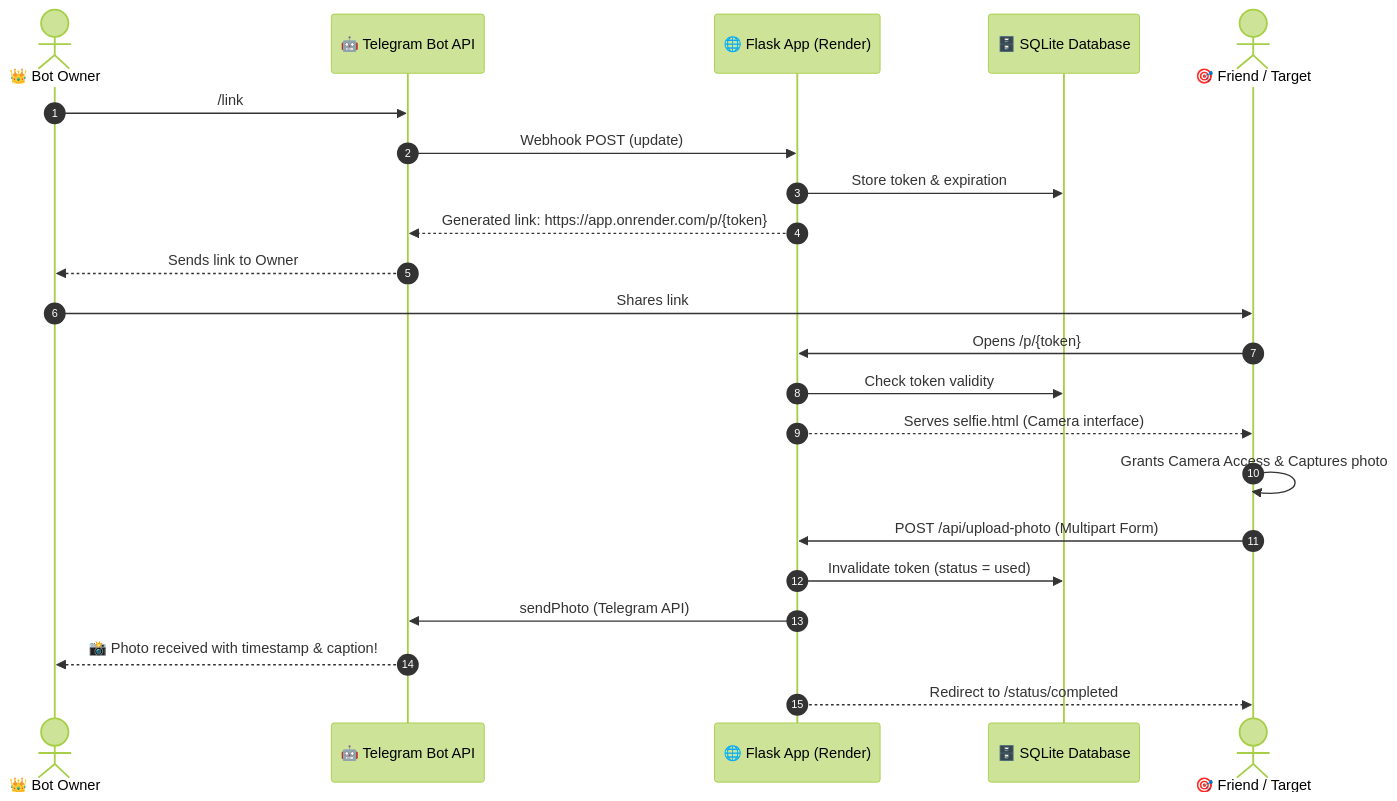
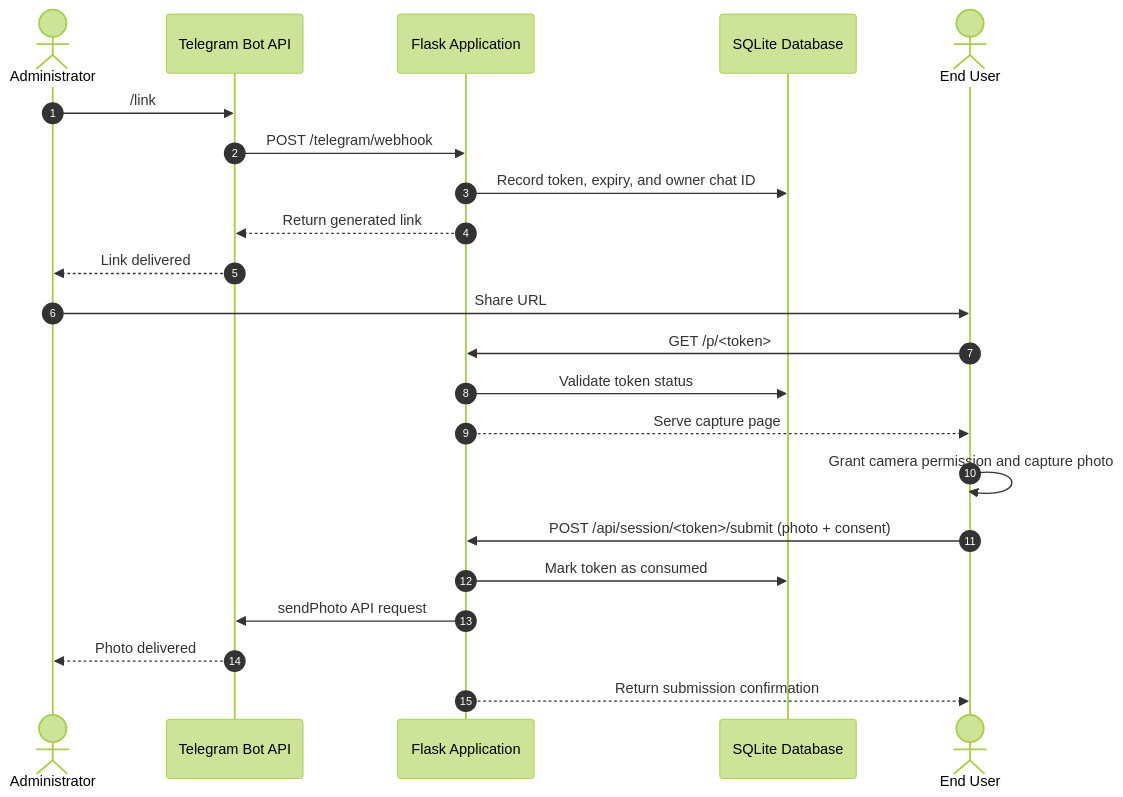
Before and after one commit to Badley08/PrankBot: the diagram in README.md, drawn with Mermaid (forest theme). The commit also changed other lines of this file and 3 other files, not shown here.

````diff
--- a/README.md
+++ b/README.md
@@ -43,25 +16,25 @@
 ```mermaid
 sequenceDiagram
     autonumber
-    actor Owner as 👑 Bot Owner
-    participant Bot as 🤖 Telegram Bot API
-    participant App as 🌐 Flask App (Render)
-    participant DB as 🗄️ SQLite Database
-    actor Target as 🎯 Friend / Target
+    actor Administrator
+    participant Telegram as Telegram Bot API
+    participant Server as Flask Application
+    participant Storage as SQLite Database
+    actor Recipient as End User
 
-    Owner->>Bot: /link
-    Bot->>App: Webhook POST (update)
-    App->>DB: Store token & expiration
-    App-->>Bot: Generated link: https://app.onrender.com/p/{token}
-    Bot-->>Owner: Sends link to Owner
-    Owner->>Target: Shares link
-    Target->>App: Opens /p/{token}
-    App->>DB: Check token validity
-    App-->>Target: Serves selfie.html (Camera interface)
-    Target->>Target: Grants Camera Access & Captures photo
-    Target->>App: POST /api/upload-photo (Multipart Form)
-    App->>DB: Invalidate token (status = used)
-    App->>Bot: sendPhoto (Telegram API)
-    Bot-->>Owner: 📸 Photo received with timestamp & caption!
-    App-->>Target: Redirect to /status/completed
+    Administrator->>Telegram: /link
+    Telegram->>Server: POST /telegram/webhook
+    Server->>Storage: Record token, expiry, and owner chat ID
+    Server-->>Telegram: Return generated link
+    Telegram-->>Administrator: Link delivered
+    Administrator->>Recipient: Share URL
+    Recipient->>Server: GET /p/<token>
+    Server->>Storage: Validate token status
+    Server-->>Recipient: Serve capture page
+    Recipient->>Recipient: Grant camera permission and capture photo
+    Recipient->>Server: POST /api/session/<token>/submit (photo + consent)
+    Server->>Storage: Mark token as consumed
+    Server->>Telegram: sendPhoto API request
+    Telegram-->>Administrator: Photo delivered
+    Server-->>Recipient: Return submission confirmation
 ```
````
